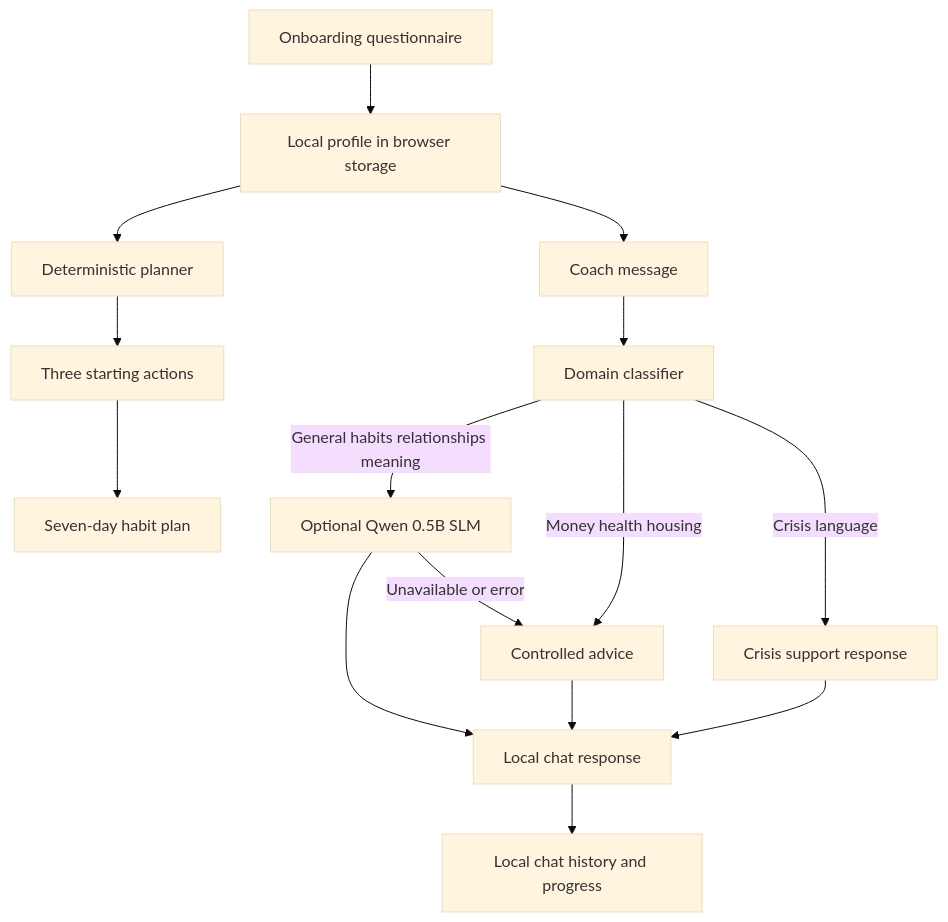
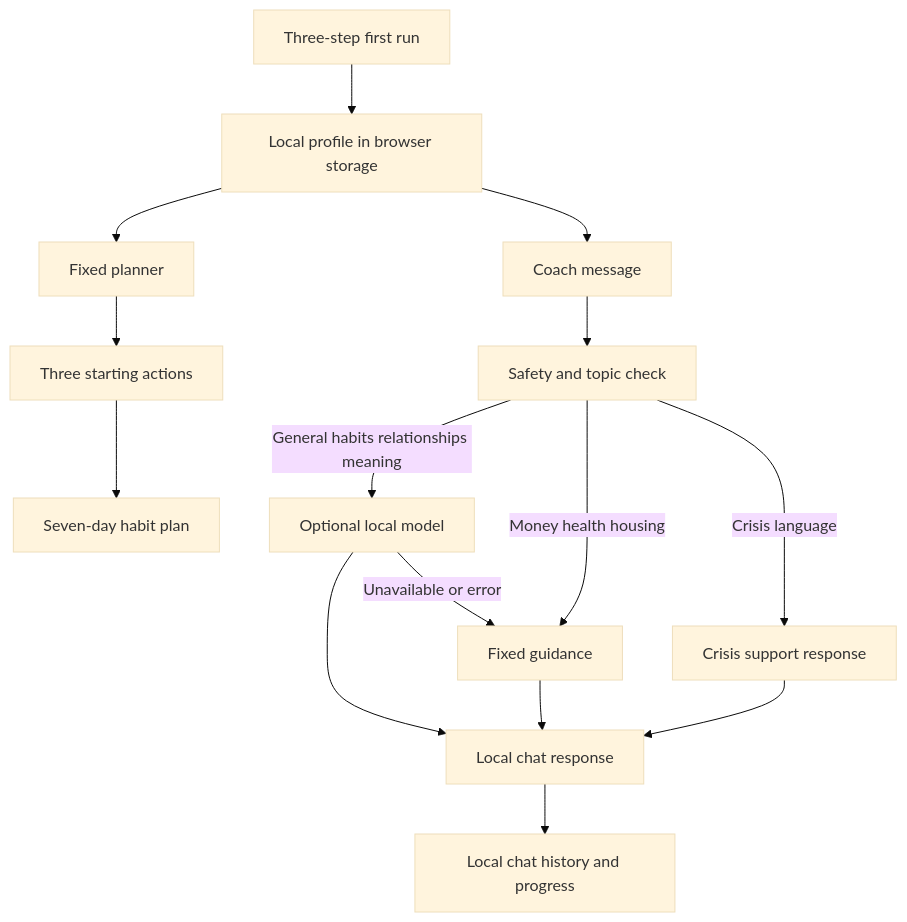
The diagram in README.md (mutms7/GoodLife.AI), drawn with Mermaid (base theme) before and after one commit. The commit also changed other lines of this file and 15 other files, not shown here.

```diff
--- a/README.md
+++ b/README.md
@@ -79,17 +77,17 @@
 ~~~mermaid
 flowchart TD
-    A[Onboarding questionnaire] --> B[Local profile in browser storage]
-    B --> C[Deterministic planner]
+    A[Three-step first run] --> B[Local profile in browser storage]
+    B --> C[Fixed planner]
     C --> D[Three starting actions]
     D --> E[Seven-day habit plan]
     B --> F[Coach message]
-    F --> G[Domain classifier]
-    G -->|General habits relationships meaning| H[Optional Qwen 0.5B SLM]
-    G -->|Money health housing| I[Controlled advice]
+    F --> G[Safety and topic check]
+    G -->|General habits relationships meaning| H[Optional local model]
+    G -->|Money health housing| I[Fixed guidance]
     G -->|Crisis language| J[Crisis support response]
     H --> K[Local chat response]
     H -->|Unavailable or error| I
     I --> K
     J --> K
     K --> L[Local chat history and progress]
 ~~~
```
